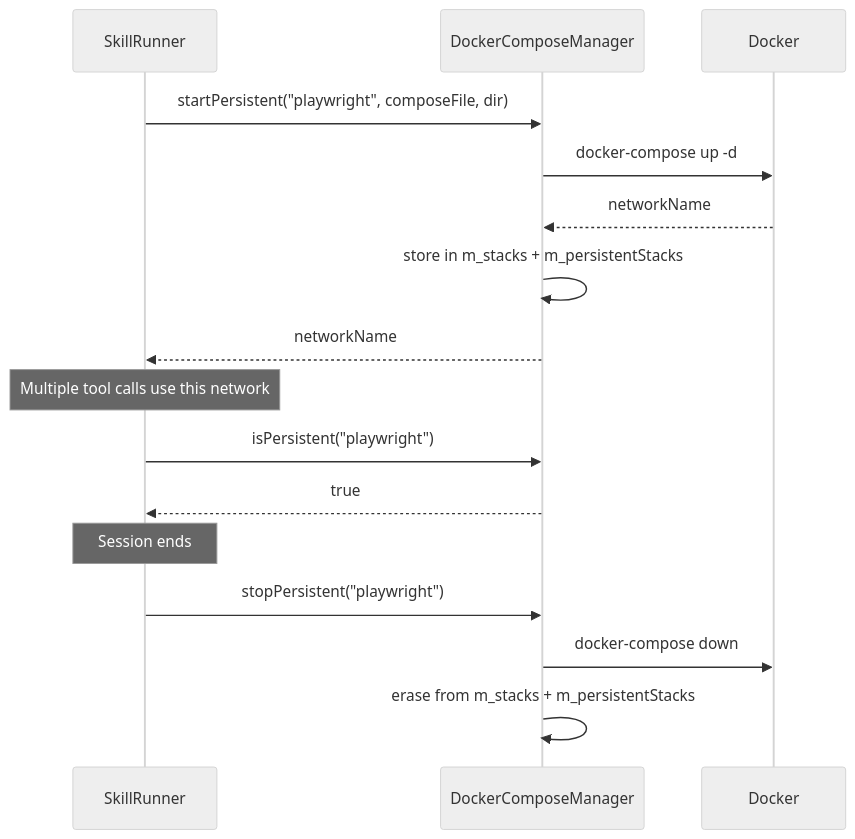
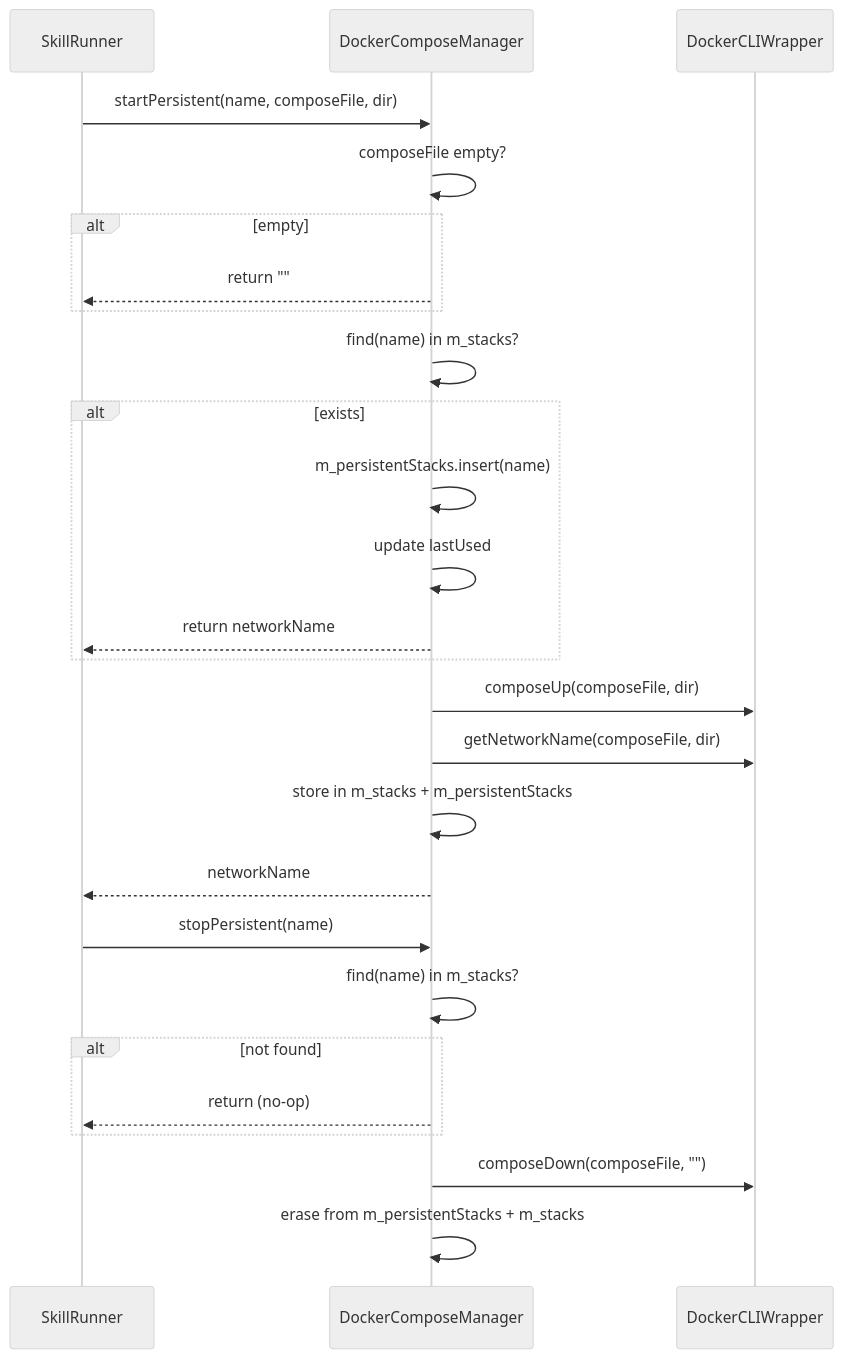
One commit to opensassi/a0 changed the third of 3 diagrams in src/docker/compose_manager.spec.md. Above: the diagram before and after it, drawn with Mermaid (neutral theme). The commit also changed other lines of this file and 165 other files, not shown here.

````diff
--- a/src/docker/compose_manager.spec.md
+++ b/src/docker/compose_manager.spec.md
@@ -164,23 +174,30 @@
 ```mermaid
 sequenceDiagram
     participant SR as SkillRunner
     participant DCM as DockerComposeManager
-    participant Docker
+    participant CLI as DockerCLIWrapper
 
-    SR->>DCM: startPersistent("playwright", composeFile, dir)
-    DCM->>Docker: docker-compose up -d
-    Docker-->>DCM: networkName
+    SR->>DCM: startPersistent(name, composeFile, dir)
+    DCM->>DCM: composeFile empty?
+    alt empty
+        DCM-->>SR: return ""
+    end
+    DCM->>DCM: find(name) in m_stacks?
+    alt exists
+        DCM->>DCM: m_persistentStacks.insert(name)
+        DCM->>DCM: update lastUsed
+        DCM-->>SR: return networkName
+    end
+    DCM->>CLI: composeUp(composeFile, dir)
+    DCM->>CLI: getNetworkName(composeFile, dir)
     DCM->>DCM: store in m_stacks + m_persistentStacks
     DCM-->>SR: networkName
 
-    Note over SR: Multiple tool calls use this network
-
-    SR->>DCM: isPersistent("playwright")
-    DCM-->>SR: true
-
-    Note over SR: Session ends
-
-    SR->>DCM: stopPersistent("playwright")
-    DCM->>Docker: docker-compose down
-    DCM->>DCM: erase from m_stacks + m_persistentStacks
+    SR->>DCM: stopPersistent(name)
+    DCM->>DCM: find(name) in m_stacks?
+    alt not found
+        DCM-->>SR: return (no-op)
+    end
+    DCM->>CLI: composeDown(composeFile, "")
+    DCM->>DCM: erase from m_persistentStacks + m_stacks
 ```
````
